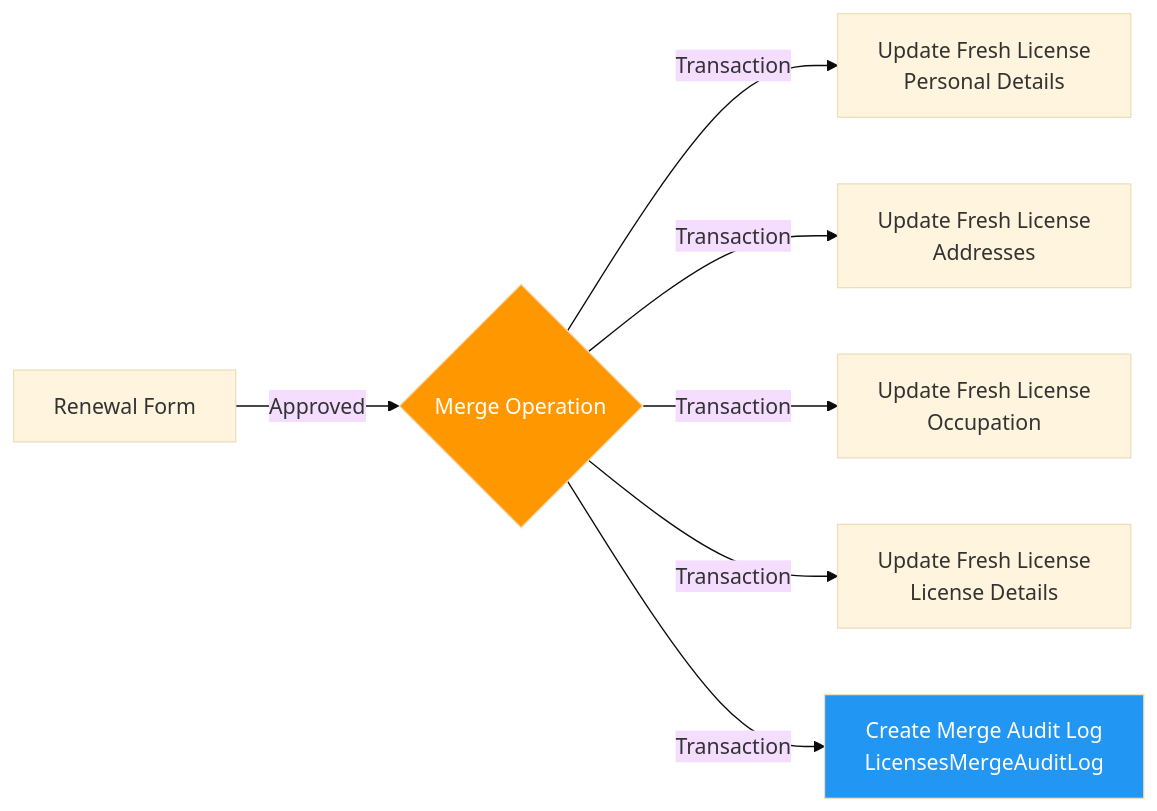
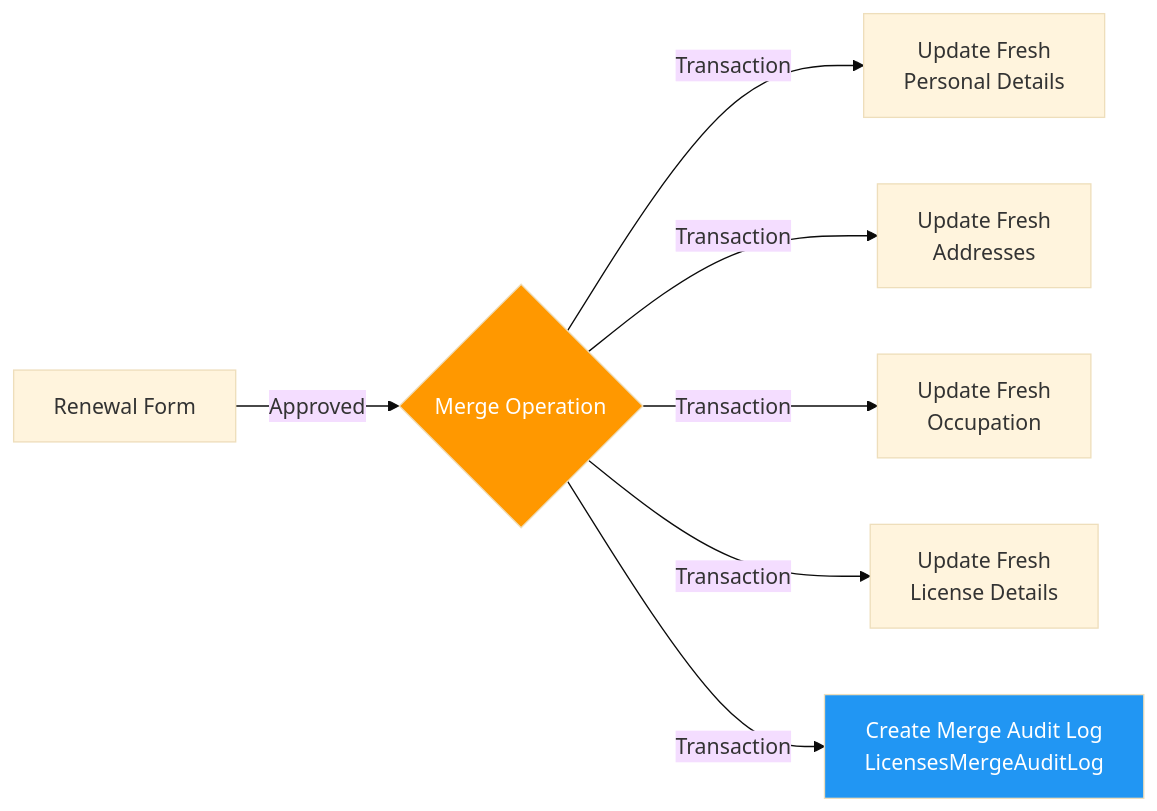
The eighth of 10 diagrams in docs/DATABASE_SCHEMA.md (sparquer24/alms), drawn with Mermaid (base theme) before and after one commit. The commit also changed other lines of this file and 45 other files, not shown here.

Commit message:
feat: refactor license application mapping and improve renewal origin document flow

````diff
--- a/docs/DATABASE_SCHEMA.md
+++ b/docs/DATABASE_SCHEMA.md
@@ -796,12 +804,12 @@
 ```mermaid
 flowchart LR
     R[Renewal Form] -->|Approved| M{Merge Operation}
-    M -->|Transaction| U1[Update Fresh License<br/>Personal Details]
-    M -->|Transaction| U2[Update Fresh License<br/>Addresses]
-    M -->|Transaction| U3[Update Fresh License<br/>Occupation]
-    M -->|Transaction| U4[Update Fresh License<br/>License Details]
+    M -->|Transaction| U1[Update Fresh<br/>Personal Details]
+    M -->|Transaction| U2[Update Fresh<br/>Addresses]
+    M -->|Transaction| U3[Update Fresh<br/>Occupation]
+    M -->|Transaction| U4[Update Fresh<br/>License Details]
     M -->|Transaction| A[Create Merge Audit Log<br/>LicensesMergeAuditLog]
-    
+
     style M fill:#FF9800,color:#fff
     style A fill:#2196F3,color:#fff
 ```
````
